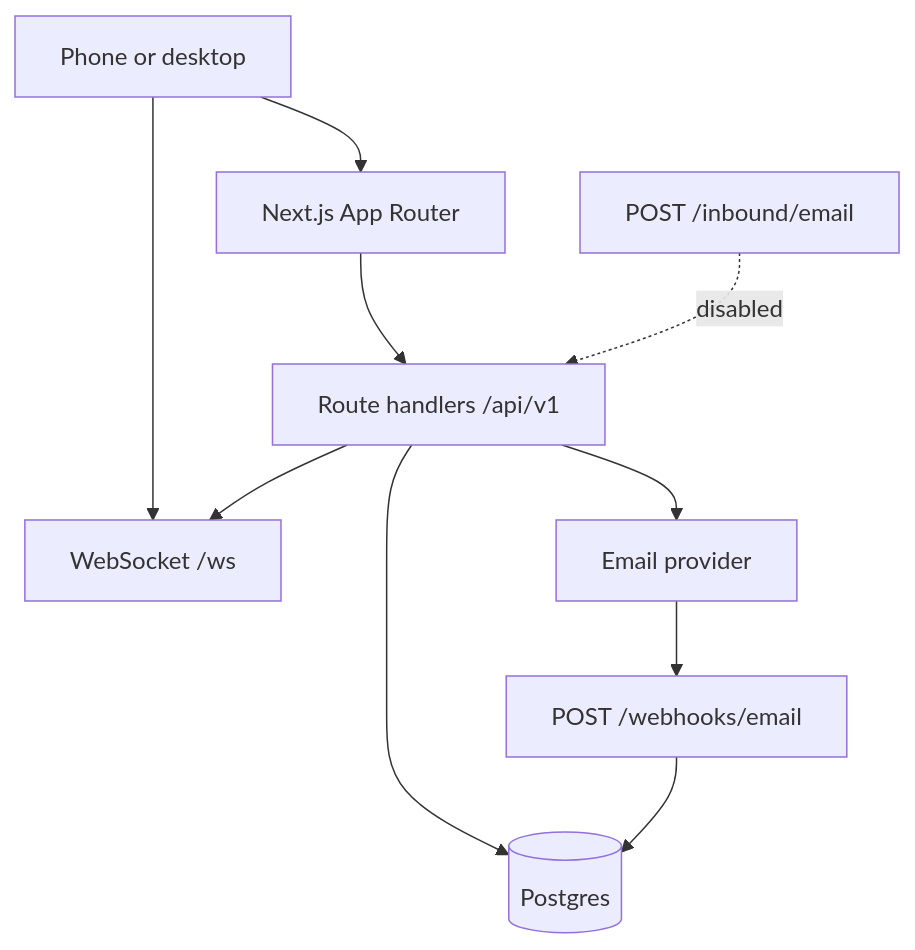
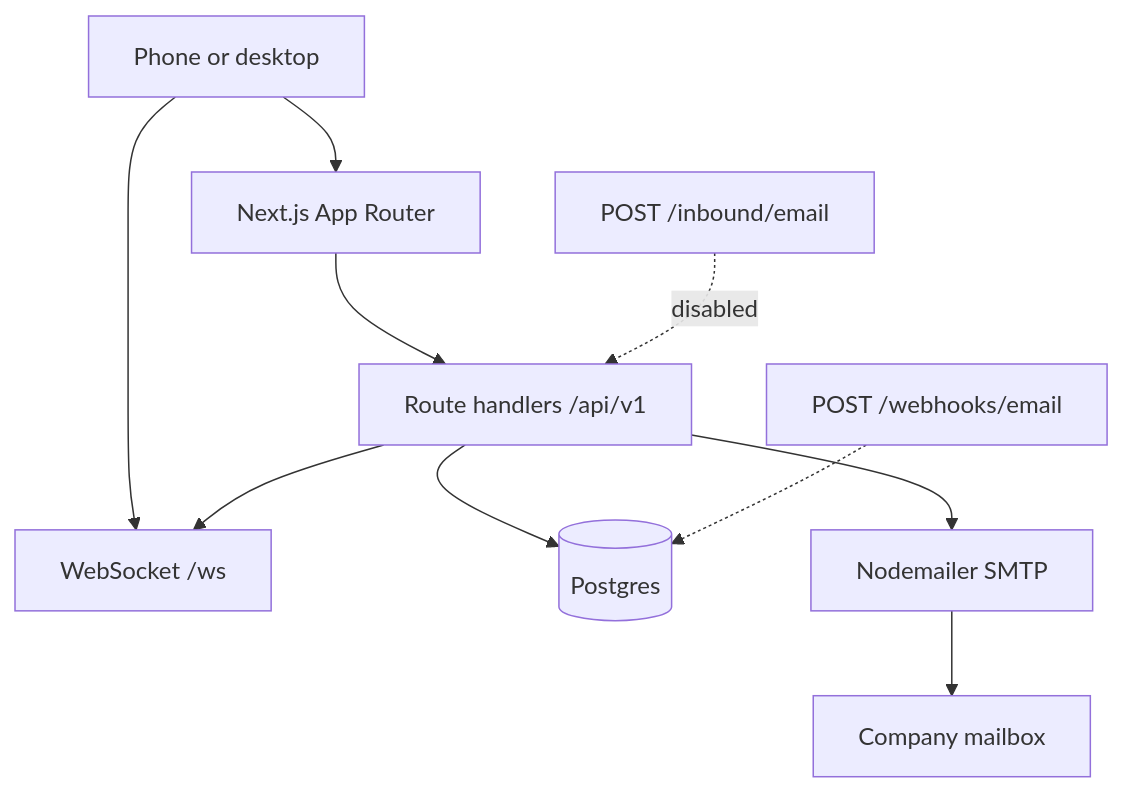
The diagram in docs/architecture.md (VCL-codebase1/resolve), drawn with Mermaid before and after one commit. The commit also changed other lines of this file and 3 other files, not shown here.

First line of the commit message:
Document Nodemailer SMTP as the mail path.

````diff
--- a/docs/architecture.md
+++ b/docs/architecture.md
@@ -9,12 +9,12 @@
 ```mermaid
 flowchart TB
   phone[Phone or desktop] --> next[Next.js App Router]
   phone --> ws[WebSocket /ws]
   next --> api[Route handlers /api/v1]
   api --> db[(Postgres)]
-  api --> mail[Email provider]
+  api --> mail[Nodemailer SMTP]
   api --> ws
-  mail --> hook[POST /webhooks/email]
-  hook --> db
+  mail --> smtp[Company mailbox]
+  hook[POST /webhooks/email] -.-> db
   inbound[POST /inbound/email] -.->|disabled| api
 ```
````
